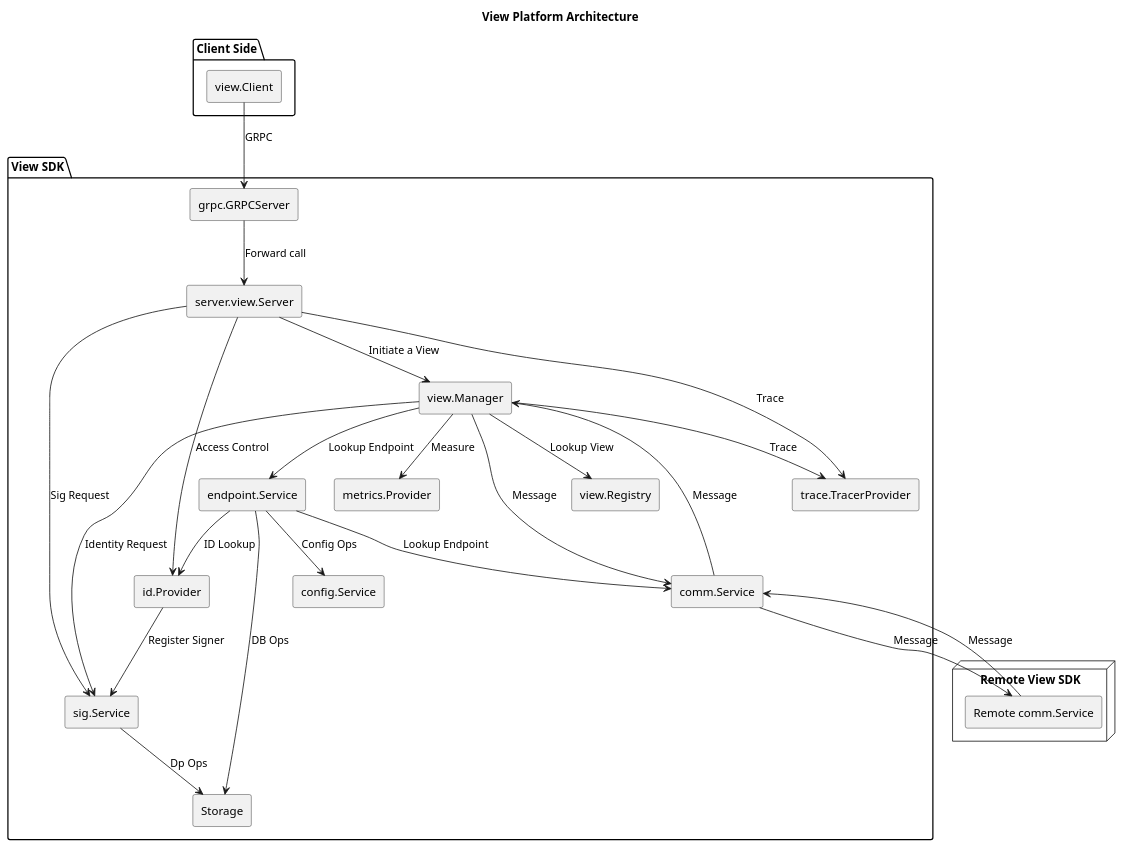
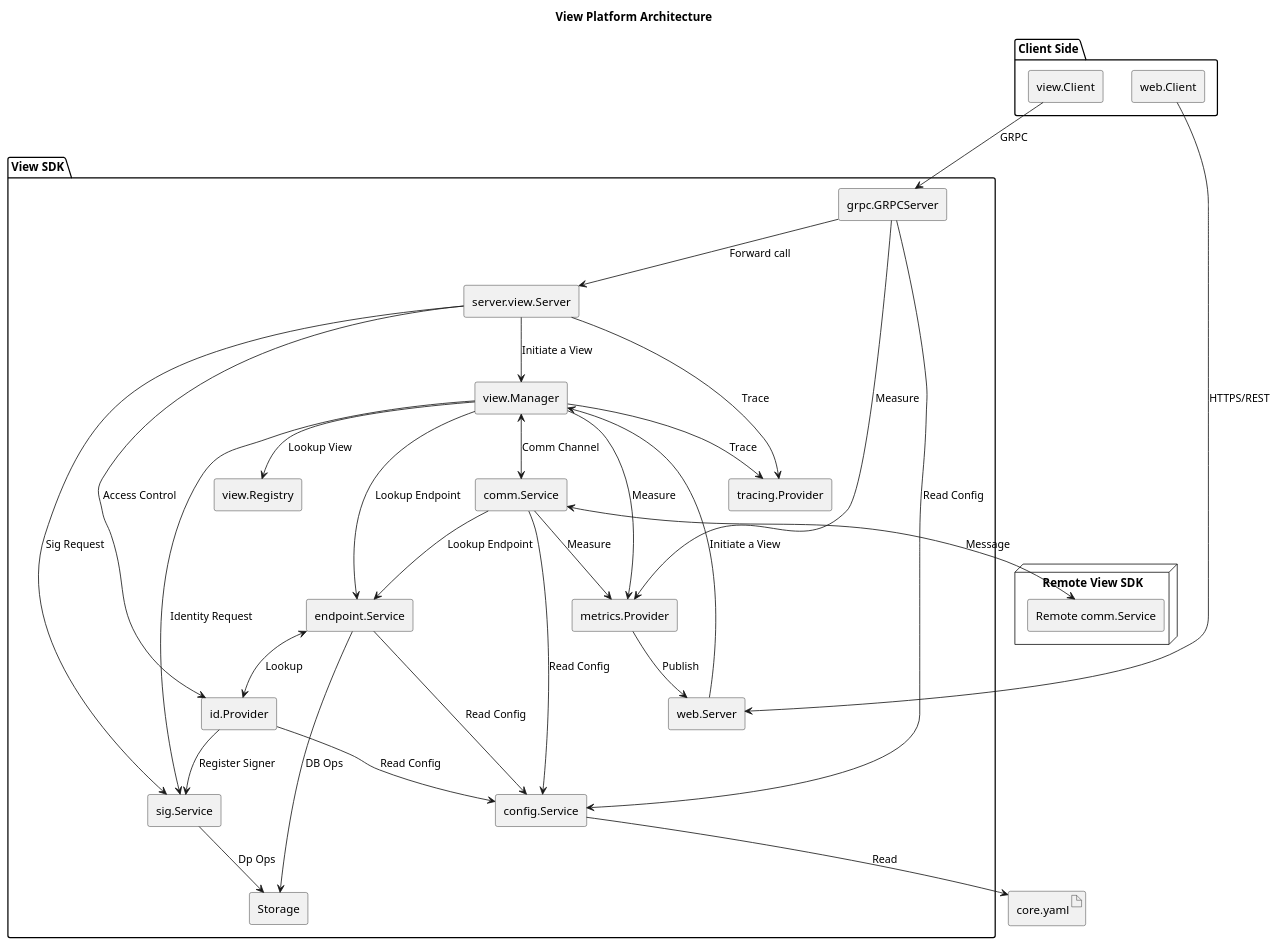
The diagram in docs/platform/view/uml/architecture.puml (hyperledger-labs/fabric-smart-client), drawn with PlantUML before and after one commit. The commit also changed 34 other files, not shown here.

Commit message:
updated diagram and some refactoring

```diff
--- a/docs/platform/view/uml/architecture.puml
+++ b/docs/platform/view/uml/architecture.puml
@@ -1,44 +1,59 @@
 @startuml
 skinparam componentStyle rectangle
 
 title View Platform Architecture
 
+artifact "core.yaml" as Config
+
 package "Client Side" {
   [view.Client]
+  [web.Client]
 }
 
 package "View SDK" {
   [view.Client] --> [grpc.GRPCServer] : GRPC
+  [web.Client] --> [web.Server] : HTTPS/REST
+
   [grpc.GRPCServer] --> [server.view.Server] : Forward call
+  [grpc.GRPCServer] --> [config.Service] : Read Config
+  [grpc.GRPCServer] --> [metrics.Provider] : Measure
 
   [server.view.Server] --> [sig.Service] : Sig Request
   [server.view.Server] --> [view.Manager] : Initiate a View
   [server.view.Server] --> [id.Provider] : Access Control
-  [server.view.Server] --> [trace.TracerProvider] : Trace
+  [server.view.Server] --> [tracing.Provider] : Trace
+
+  [web.Server] --> [view.Manager] : Initiate a View
 
   [view.Manager] --> [view.Registry] : Lookup View
-  [view.Manager] --> [comm.Service] : Message
+  [view.Manager] <--> [comm.Service] : Comm Channel
   [view.Manager] --> [endpoint.Service] : Lookup Endpoint
   [view.Manager] --> [sig.Service] : Identity Request
-  [view.Manager] --> [trace.TracerProvider] : Trace
+  [view.Manager] --> [tracing.Provider] : Trace
   [view.Manager] --> [metrics.Provider] : Measure
 
-  [comm.Service] --> [view.Manager] : Message
+  [comm.Service] --> [config.Service] : Read Config
+  [comm.Service] --> [metrics.Provider] : Measure
+  [comm.Service] --> [endpoint.Service] : Lookup Endpoint
 
-  [endpoint.Service] --> [comm.Service] : Lookup Endpoint
   [endpoint.Service] --> [Storage]: DB Ops
-  [endpoint.Service] --> [config.Service]: Config Ops
-  [endpoint.Service] --> [id.Provider] : ID Lookup
+  [endpoint.Service] --> [config.Service]: Read Config
+  [endpoint.Service] <--> [id.Provider] : Lookup
 
   [sig.Service] --> [Storage] : Dp Ops
+
   [id.Provider] -->  [sig.Service] : Register Signer
+  [id.Provider] --> [config.Service] : Read Config
+
+  [config.Service] --> [Config] : Read
+
+  [metrics.Provider] --> [web.Server] : Publish
 }
 
 node "Remote View SDK" {
   [Remote comm.Service]
 }
 
-[comm.Service] --> [Remote comm.Service] : Message
-[Remote comm.Service] --> [comm.Service] : Message
+[comm.Service] <--> [Remote comm.Service] : Message
 
 @enduml
```
